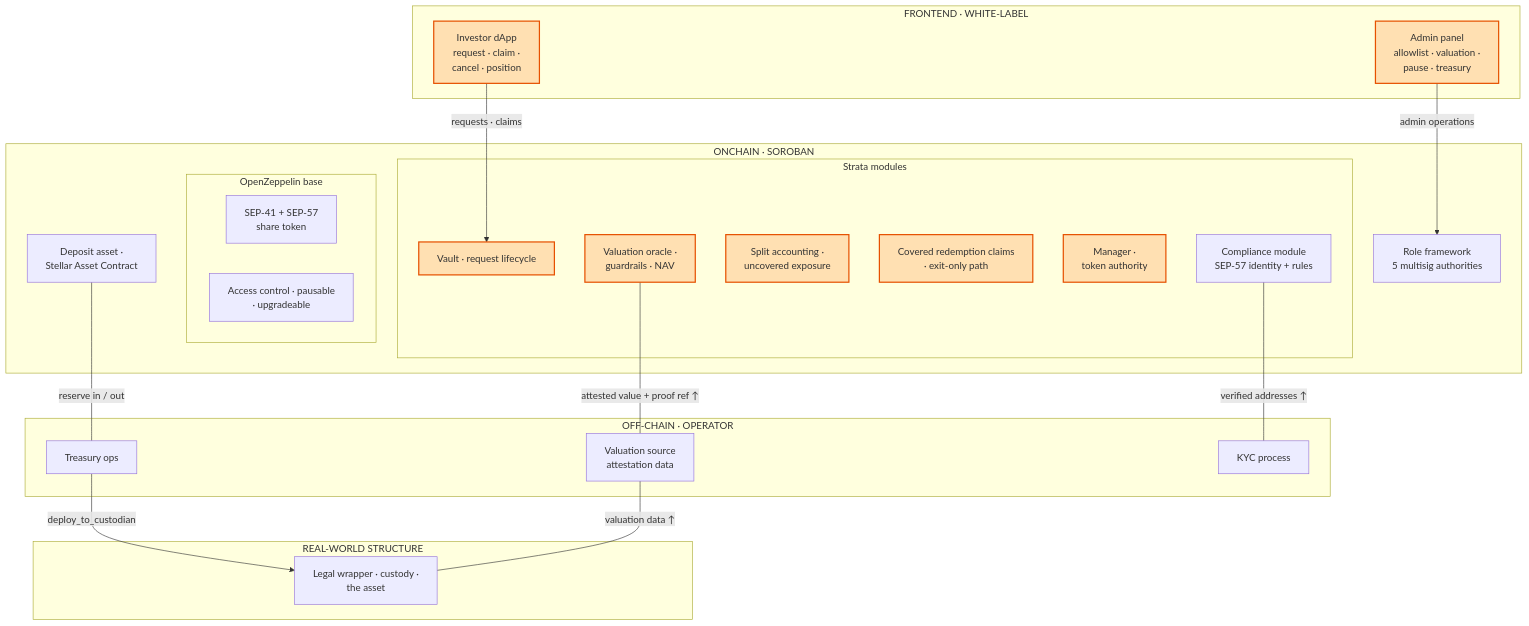
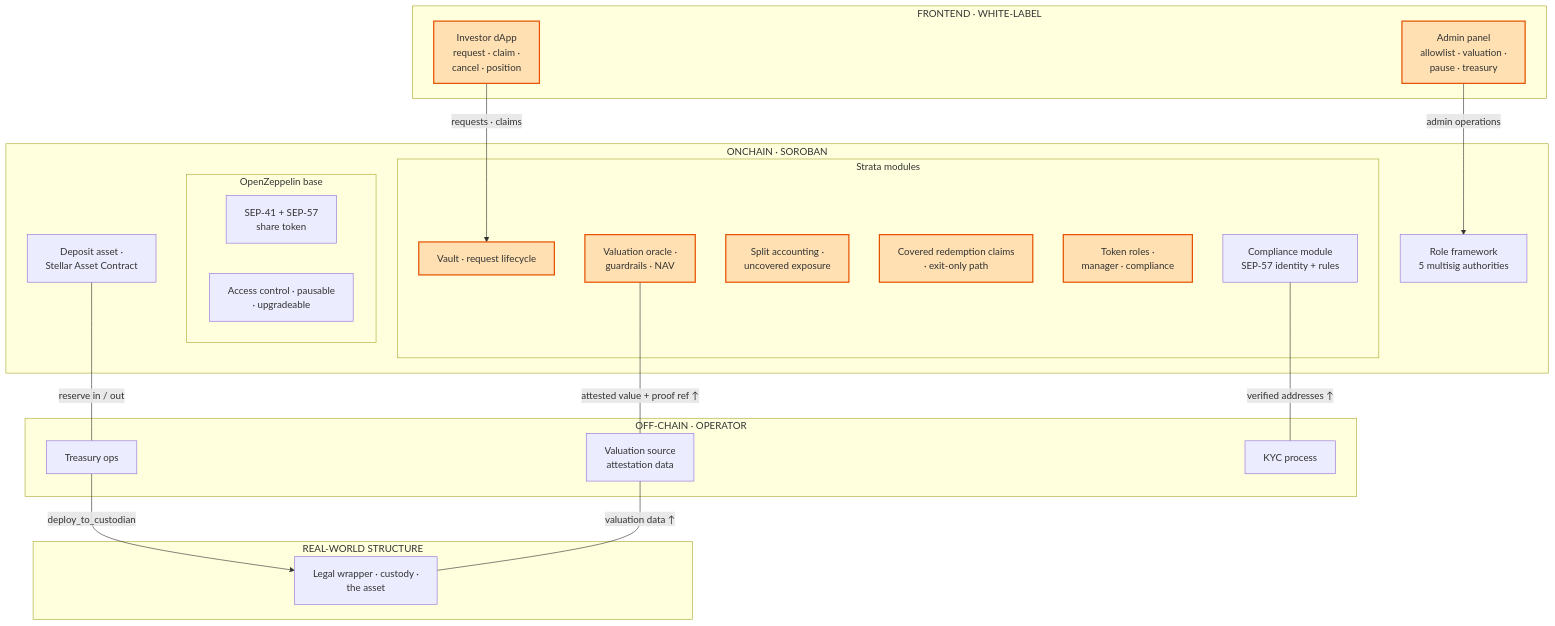
One commit to BootNodeDev/strata-vault-kit changed the first of 4 diagrams in docs/strata-product-and-architecture.md. Above: the diagram before and after it, drawn with Mermaid. The commit also changed other lines of this file and 2 other files, not shown here.

Commit message:
docs: describe the share token compliance role

````diff
--- a/docs/strata-product-and-architecture.md
+++ b/docs/strata-product-and-architecture.md
@@ -181,44 +181,44 @@
 ```mermaid
 flowchart TB
     subgraph FE["FRONTEND · WHITE-LABEL"]
         LP["Investor dApp<br/>request · claim ·<br/>cancel · position"]:::strata
         ADM["Admin panel<br/>allowlist · valuation ·<br/>pause · treasury"]:::strata
     end
 
     subgraph ON["ONCHAIN · SOROBAN"]
         subgraph OZ["OpenZeppelin base"]
             ST["SEP-41 + SEP-57<br/>share token"]
             AC["Access control · pausable<br/>· upgradeable"]
         end
         SAC["Deposit asset ·<br/>Stellar Asset Contract"]
         subgraph SM["Strata modules"]
             V["Vault · request lifecycle"]:::strata
             OR["Valuation oracle ·<br/>guardrails · NAV"]:::strata
             SA["Split accounting ·<br/>uncovered exposure"]:::strata
             RQ["Covered redemption claims<br/>· exit-only path"]:::strata
-            MGR["Manager ·<br/>token authority"]:::strata
+            MGR["Token roles ·<br/>manager · compliance"]:::strata
             IVC["Compliance module<br/>SEP-57 identity + rules"]
         end
         AUTH["Role framework<br/>5 multisig authorities"]
     end
 
     subgraph OFF["OFF-CHAIN · OPERATOR"]
         TR["Treasury ops"]
         VS["Valuation source<br/>attestation data"]
         KYC["KYC process"]
     end
 
     subgraph RW["REAL-WORLD STRUCTURE"]
         CU["Legal wrapper · custody ·<br/>the asset"]
     end
 
     LP -->|"requests · claims"| V
     ADM -->|"admin operations"| AUTH
     OR ---|"attested value + proof ref ↑"| VS
     IVC ---|"verified addresses ↑"| KYC
     SAC ---|"reserve in / out"| TR
     TR -->|"deploy_to_custodian"| CU
     VS ---|"valuation data ↑"| CU
 
     classDef strata fill:#FFE0B2,stroke:#E65100,stroke-width:2px
 ```
````
